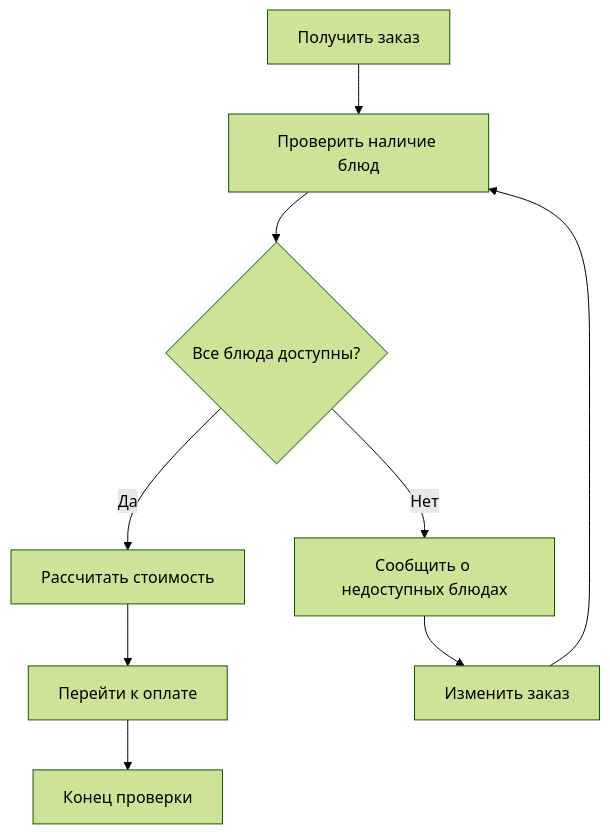
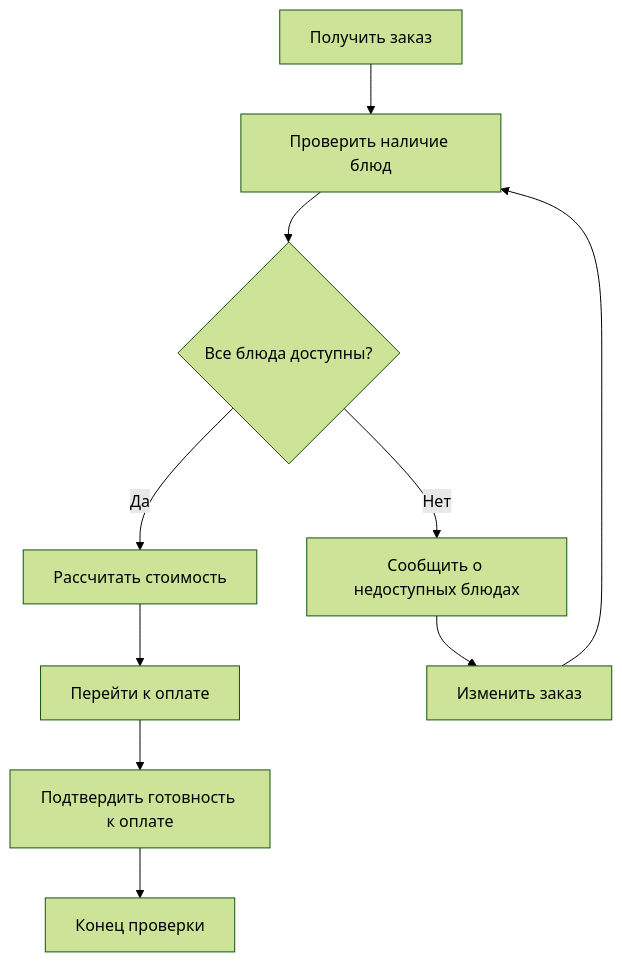
The diagram in lab1/docs/flowchart.md (sandrakula/visual-programming-labs-Sandrakula), drawn with Mermaid (forest theme) before and after one commit. The commit also changed 3 other files, not shown here.

Commit message:
Update UML Activity and Mermaid diagrams

````diff
--- a/lab1/docs/flowchart.md
+++ b/lab1/docs/flowchart.md
@@ -3,13 +3,14 @@
 ```mermaid
 flowchart TD
     A[Получить заказ] --> B[Проверить наличие блюд]
     B --> C{Все блюда доступны?}
 
     C -- Да --> D[Рассчитать стоимость]
     D --> E[Перейти к оплате]
-    E --> F[Конец проверки]
-
+    E --> I[Подтвердить готовность к оплате]
+    I --> F[Конец проверки]
+   
     C -- Нет --> G[Сообщить о недоступных блюдах]
     G --> H[Изменить заказ]
     H --> B
 ```
````
